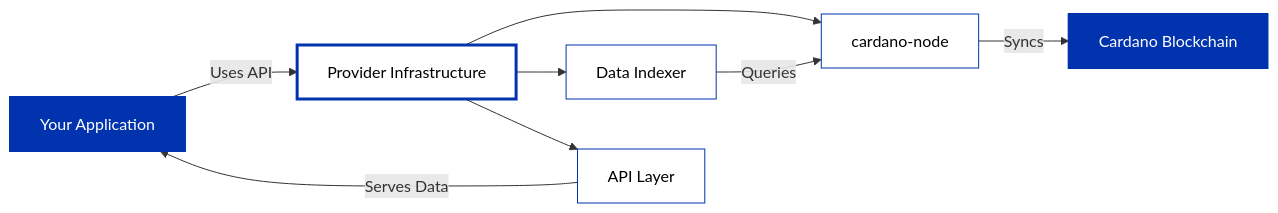
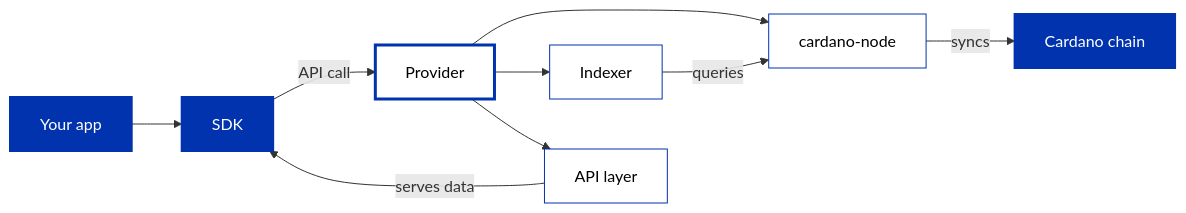
Before and after one commit to cardano-foundation/developer-portal: the diagram in docs/developers/curriculum/07-production/api-providers/overview.md, drawn with Mermaid. The commit also changed other lines of this file and 14 other files, not shown here.

````diff
--- a/docs/developers/curriculum/07-production/api-providers/overview.md
+++ b/docs/developers/curriculum/07-production/api-providers/overview.md
@@ -13,21 +13,19 @@
 ```mermaid
 graph LR
-    App[Your Application]
-
-    App --> |Uses API| Provider[Provider Infrastructure]
-
+    App[Your app] --> SDK[SDK]
+    SDK --> |API call| Provider[Provider]
     Provider --> Node[cardano-node]
-    Provider --> Indexer[Data Indexer]
-    Provider --> API[API Layer]
-
-    Node --> |Syncs| Blockchain[Cardano Blockchain]
-    Indexer --> |Queries| Node
-    API --> |Serves Data| App
+    Provider --> Indexer[Indexer]
+    Provider --> API[API layer]
+    Node --> |syncs| Blockchain[Cardano chain]
+    Indexer --> |queries| Node
+    API --> |serves data| SDK
 
     style App fill:#0033AD,stroke:#0033AD,stroke-width:2px,color:#FFFFFF
+    style SDK fill:#0033AD,stroke:#0033AD,stroke-width:2px,color:#FFFFFF
     style Provider fill:#FFFFFF,stroke:#0033AD,stroke-width:3px,color:#000000
     style Node fill:#FFFFFF,stroke:#0033AD,stroke-width:1px,color:#000000
     style Indexer fill:#FFFFFF,stroke:#0033AD,stroke-width:1px,color:#000000
     style API fill:#FFFFFF,stroke:#0033AD,stroke-width:1px,color:#000000
     style Blockchain fill:#0033AD,stroke:#0033AD,stroke-width:2px,color:#FFFFFF
 ```
````
